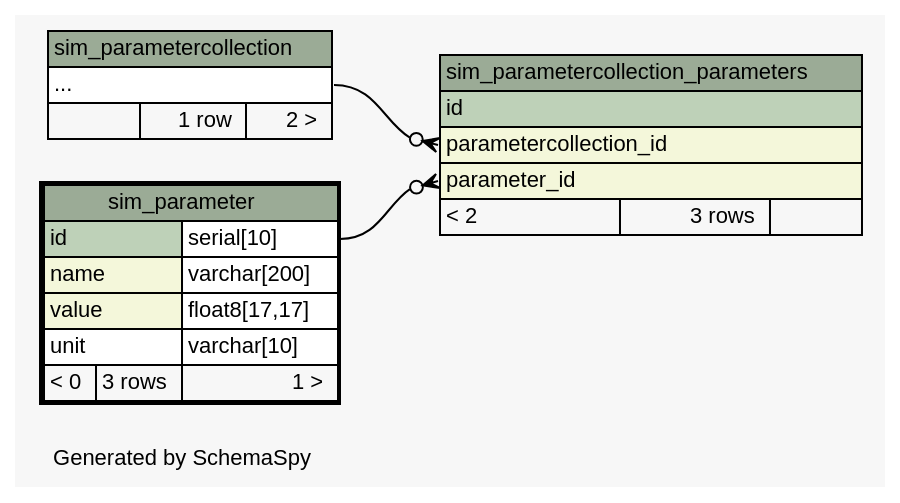
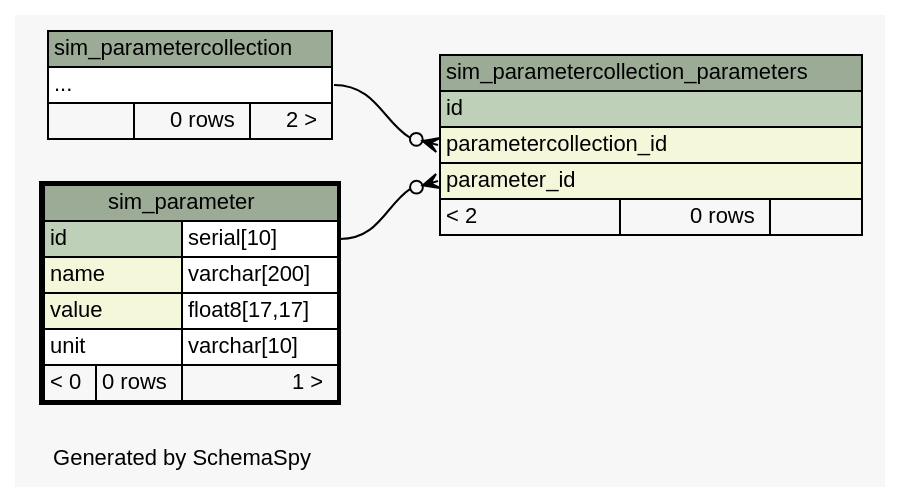
One commit to jingyayeah/multiscale-galactose changed the diagram in database/diagrams/sim_parameter.2degrees.dot. Above: the diagram before and after it, drawn with Graphviz. The commit also changed 90 other files, not shown here.

```diff
--- a/database/diagrams/sim_parameter.2degrees.dot
+++ b/database/diagrams/sim_parameter.2degrees.dot
@@ -1,59 +1,59 @@
 // dot 2.20.2 on Linux 2.6.32-53-generic
 // SchemaSpy rev 590
 digraph "twoDegreesRelationshipsDiagram" {
   graph [
     rankdir="RL"
     bgcolor="#f7f7f7"
     label="\nGenerated by SchemaSpy"
     labeljust="l"
     nodesep="0.18"
     ranksep="0.46"
     fontname="Helvetica"
     fontsize="11"
   ];
   node [
     fontname="Helvetica"
     fontsize="11"
     shape="plaintext"
   ];
   edge [
     arrowsize="0.8"
   ];
   "sim_parametercollection_parameters":"parameter_id":w -> "sim_parameter":"id.type":e [arrowhead=none dir=back arrowtail=crowodot];
   "sim_parametercollection_parameters":"parametercollection_id":w -> "sim_parametercollection":"elipses":e [arrowhead=none dir=back arrowtail=crowodot];
   "sim_parameter" [
     label=<
     <TABLE BORDER="2" CELLBORDER="1" CELLSPACING="0" BGCOLOR="#ffffff">
       <TR><TD COLSPAN="3" BGCOLOR="#9bab96" ALIGN="CENTER">sim_parameter</TD></TR>
       <TR><TD PORT="id" COLSPAN="2" BGCOLOR="#bed1b8" ALIGN="LEFT">id</TD><TD PORT="id.type" ALIGN="LEFT">serial[10]</TD></TR>
       <TR><TD PORT="name" COLSPAN="2" BGCOLOR="#f4f7da" ALIGN="LEFT">name</TD><TD PORT="name.type" ALIGN="LEFT">varchar[200]</TD></TR>
       <TR><TD PORT="value" COLSPAN="2" BGCOLOR="#f4f7da" ALIGN="LEFT">value</TD><TD PORT="value.type" ALIGN="LEFT">float8[17,17]</TD></TR>
       <TR><TD PORT="unit" COLSPAN="2" ALIGN="LEFT">unit</TD><TD PORT="unit.type" ALIGN="LEFT">varchar[10]</TD></TR>
-      <TR><TD ALIGN="LEFT" BGCOLOR="#f7f7f7">&lt; 0</TD><TD ALIGN="RIGHT" BGCOLOR="#f7f7f7">3 rows</TD><TD ALIGN="RIGHT" BGCOLOR="#f7f7f7">1 &gt;</TD></TR>
+      <TR><TD ALIGN="LEFT" BGCOLOR="#f7f7f7">&lt; 0</TD><TD ALIGN="RIGHT" BGCOLOR="#f7f7f7">0 rows</TD><TD ALIGN="RIGHT" BGCOLOR="#f7f7f7">1 &gt;</TD></TR>
     </TABLE>>
     URL="sim_parameter.html"
     tooltip="sim_parameter"
   ];
   "sim_parametercollection" [
     label=<
     <TABLE BORDER="0" CELLBORDER="1" CELLSPACING="0" BGCOLOR="#ffffff">
       <TR><TD COLSPAN="3" BGCOLOR="#9bab96" ALIGN="CENTER">sim_parametercollection</TD></TR>
       <TR><TD PORT="elipses" COLSPAN="3" ALIGN="LEFT">...</TD></TR>
-      <TR><TD ALIGN="LEFT" BGCOLOR="#f7f7f7">  </TD><TD ALIGN="RIGHT" BGCOLOR="#f7f7f7">1 row</TD><TD ALIGN="RIGHT" BGCOLOR="#f7f7f7">2 &gt;</TD></TR>
+      <TR><TD ALIGN="LEFT" BGCOLOR="#f7f7f7">  </TD><TD ALIGN="RIGHT" BGCOLOR="#f7f7f7">0 rows</TD><TD ALIGN="RIGHT" BGCOLOR="#f7f7f7">2 &gt;</TD></TR>
     </TABLE>>
     URL="sim_parametercollection.html"
     tooltip="sim_parametercollection"
   ];
   "sim_parametercollection_parameters" [
     label=<
     <TABLE BORDER="0" CELLBORDER="1" CELLSPACING="0" BGCOLOR="#ffffff">
       <TR><TD COLSPAN="3" BGCOLOR="#9bab96" ALIGN="CENTER">sim_parametercollection_parameters</TD></TR>
       <TR><TD PORT="id" COLSPAN="3" BGCOLOR="#bed1b8" ALIGN="LEFT">id</TD></TR>
       <TR><TD PORT="parametercollection_id" COLSPAN="3" BGCOLOR="#f4f7da" ALIGN="LEFT">parametercollection_id</TD></TR>
       <TR><TD PORT="parameter_id" COLSPAN="3" BGCOLOR="#f4f7da" ALIGN="LEFT">parameter_id</TD></TR>
-      <TR><TD ALIGN="LEFT" BGCOLOR="#f7f7f7">&lt; 2</TD><TD ALIGN="RIGHT" BGCOLOR="#f7f7f7">3 rows</TD><TD ALIGN="RIGHT" BGCOLOR="#f7f7f7">  </TD></TR>
+      <TR><TD ALIGN="LEFT" BGCOLOR="#f7f7f7">&lt; 2</TD><TD ALIGN="RIGHT" BGCOLOR="#f7f7f7">0 rows</TD><TD ALIGN="RIGHT" BGCOLOR="#f7f7f7">  </TD></TR>
     </TABLE>>
     URL="sim_parametercollection_parameters.html"
     tooltip="sim_parametercollection_parameters"
   ];
 }
```
